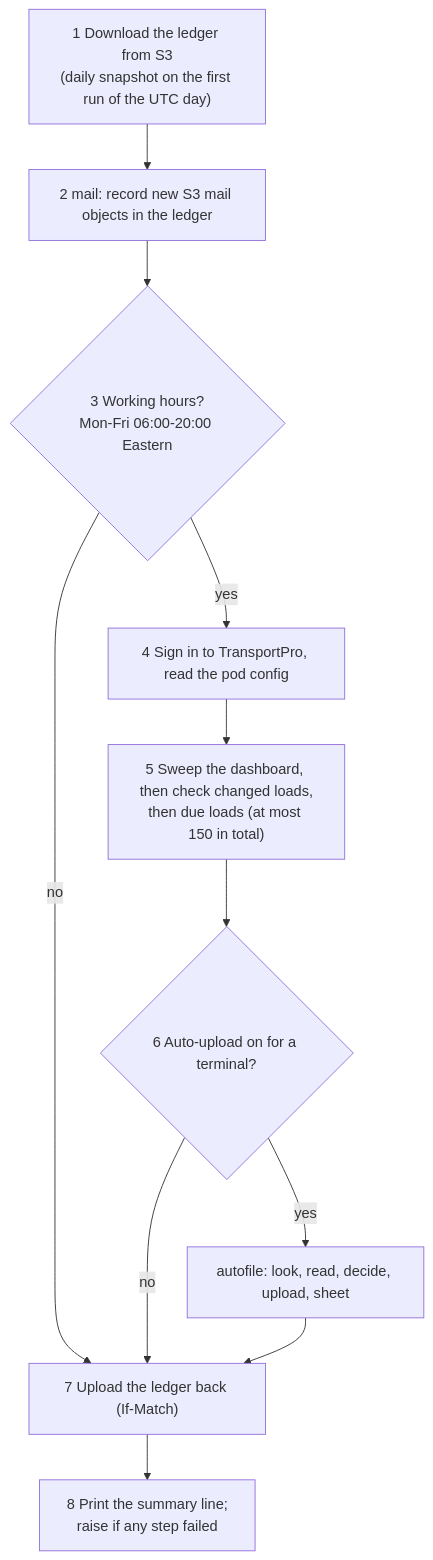
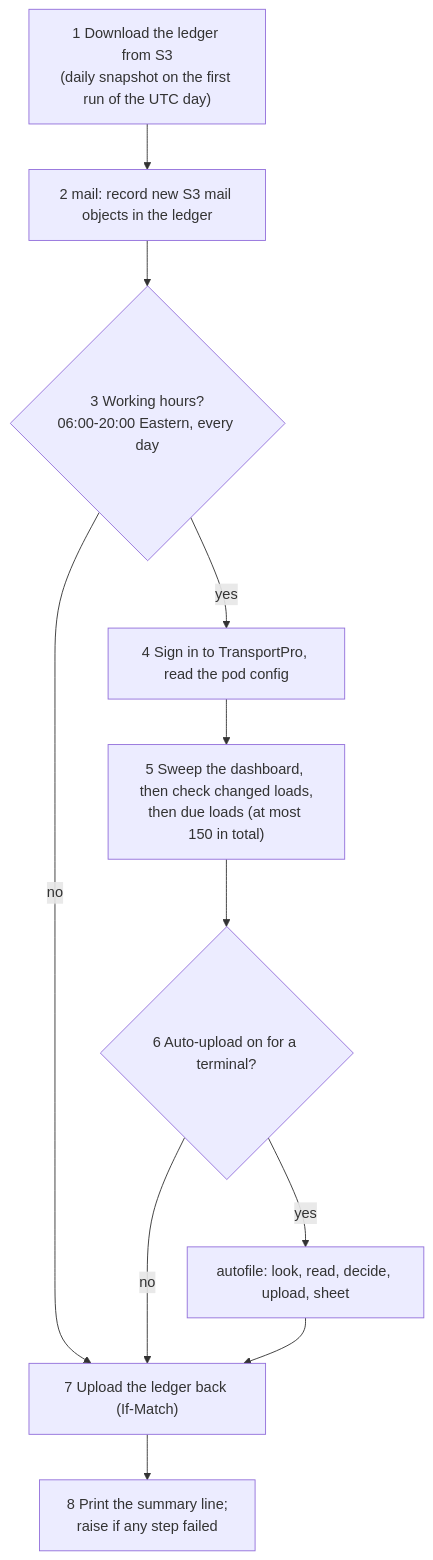
One commit to hrushikeshattarde/Track-Trace-Doc-Upload changed the second of 3 diagrams in docs/PIPELINE.md. Above: the diagram before and after it, drawn with Mermaid. The commit also changed other lines of this file and 6 other files, not shown here.

````diff
--- a/docs/PIPELINE.md
+++ b/docs/PIPELINE.md
@@ -141,13 +141,13 @@
 ```mermaid
 flowchart TD
     A["1 Download the ledger from S3<br/>(daily snapshot on the first run of the UTC day)"] --> B["2 mail: record new S3 mail objects in the ledger"]
-    B --> C{"3 Working hours?<br/>Mon-Fri 06:00-20:00 Eastern"}
+    B --> C{"3 Working hours?<br/>06:00-20:00 Eastern, every day"}
     C -- no --> H["7 Upload the ledger back (If-Match)"]
     C -- yes --> D["4 Sign in to TransportPro, read the pod config"]
     D --> E["5 Sweep the dashboard, then check changed loads,<br/>then due loads (at most 150 in total)"]
     E --> F{"6 Auto-upload on for a terminal?"}
     F -- yes --> G["autofile: look, read, decide, upload, sheet"]
     F -- no --> H
     G --> H
     H --> I["8 Print the summary line;<br/>raise if any step failed"]
 ```
````
